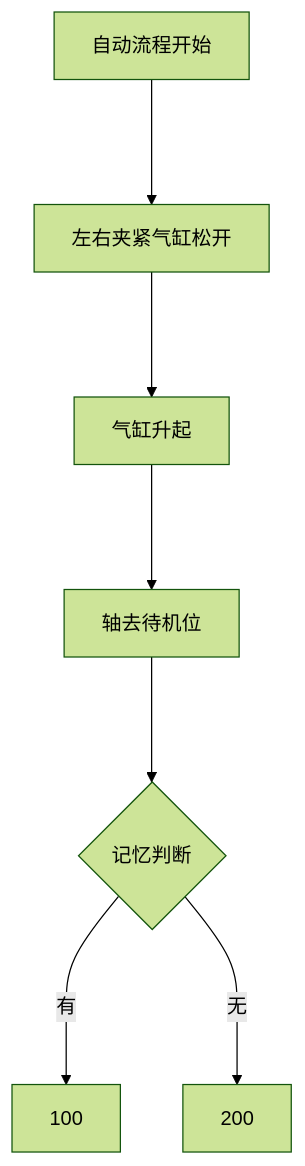
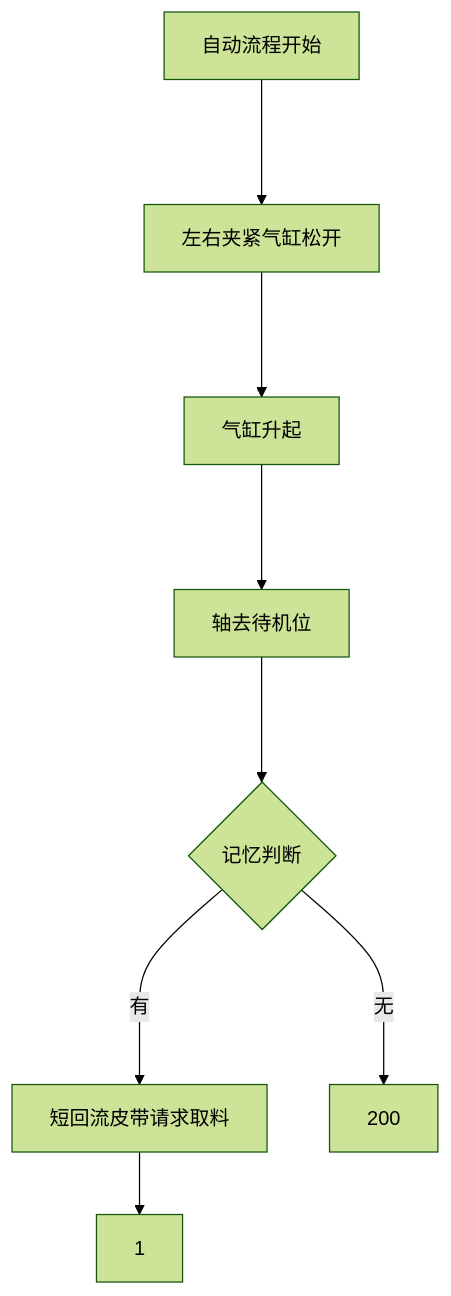
One commit to zmq000/iodraw-files changed the diagram in all/OP70工位3左载具搬运.md. Above: the diagram before and after it, drawn with Mermaid (forest theme).

Commit message:
2026-06-17 16:28:51 update

````diff
--- a/all/OP70工位3左载具搬运.md
+++ b/all/OP70工位3左载具搬运.md
@@ -1,10 +1,10 @@
 ```mermaid
 graph TD
   自动流程开始--->10
   10[左右夹紧气缸松开]--->20
   20[气缸升起]--->30
   30[轴去待机位]--->40
   40{记忆判断}--->|有|100
   40--->|无|200
-  
+  100[短回流皮带请求取料]-->1
 ```
````
